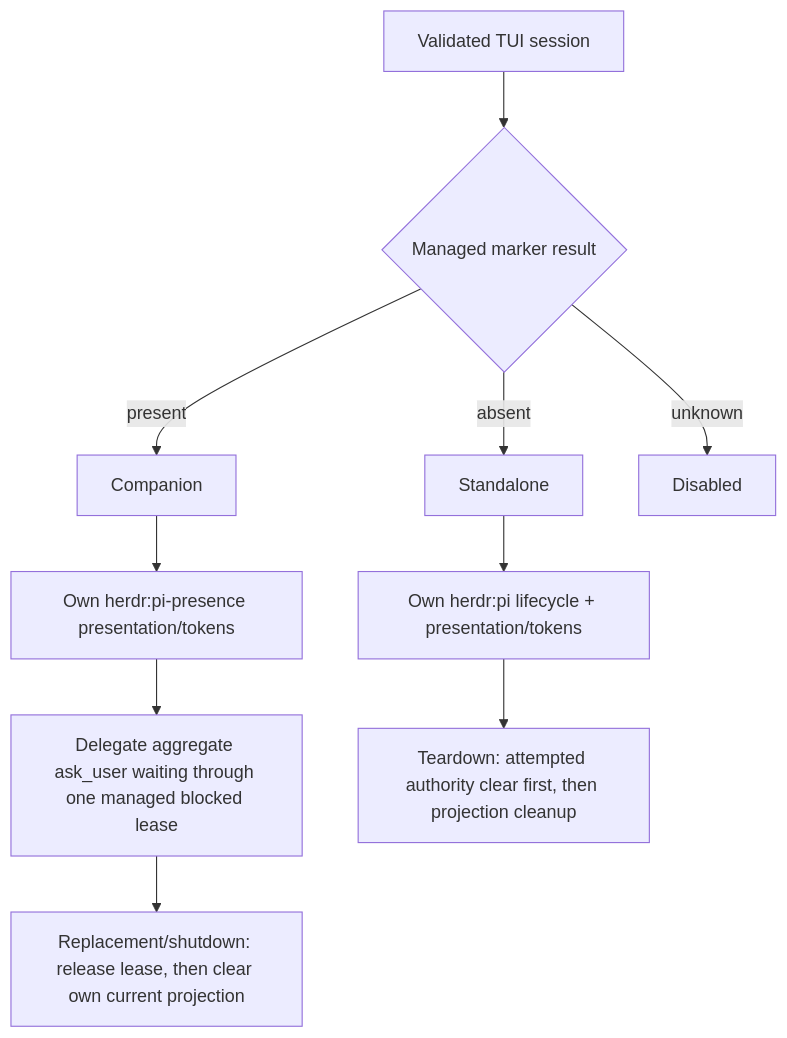
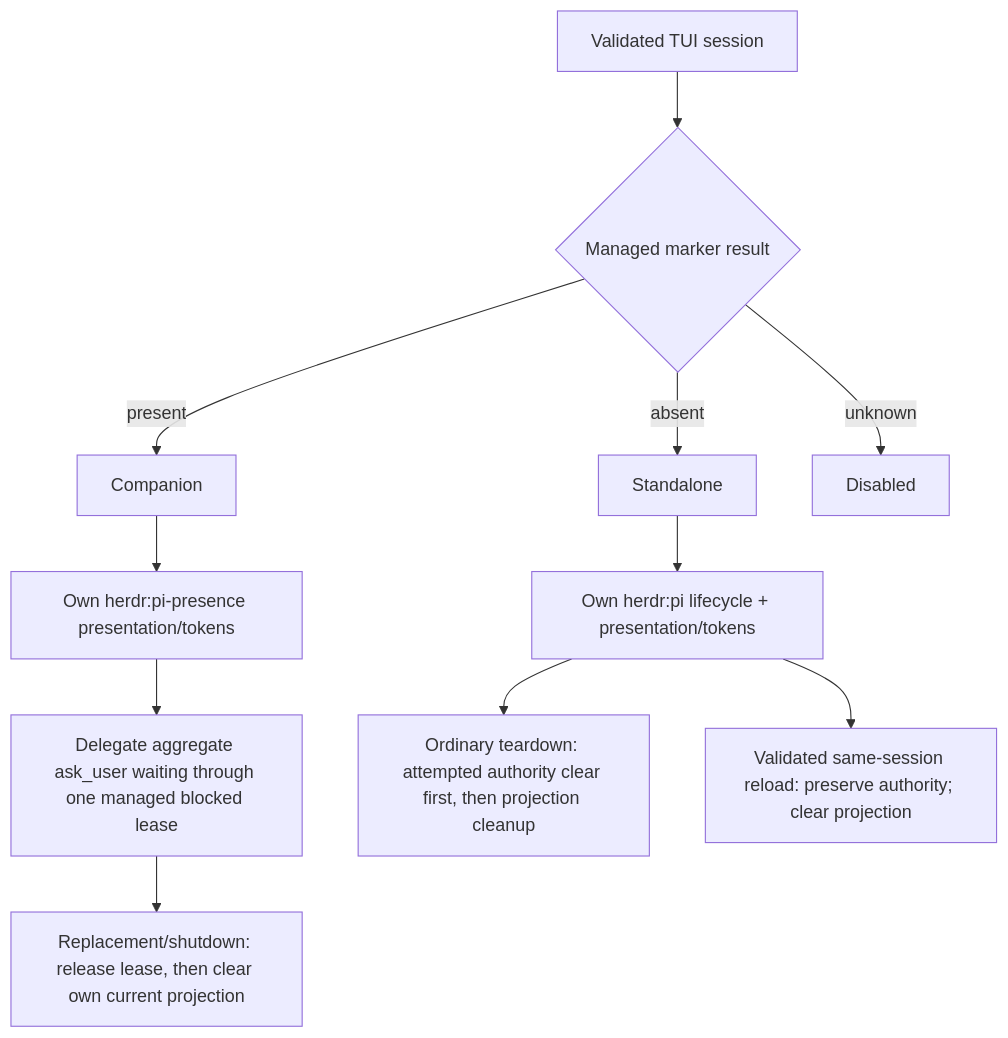
The fourth of 4 diagrams in docs/architecture.md (spi-ca/pi-herdr-presence), drawn with Mermaid before and after one commit. The commit also changed other lines of this file and 7 other files, not shown here.

Commit message:
fix: preserve native session authority across Pi reloads

````diff
--- a/docs/architecture.md
+++ b/docs/architecture.md
@@ -106,12 +106,13 @@
 ```mermaid
 flowchart TD
   Start[Validated TUI session] --> Probe{Managed marker result}
   Probe -->|present| Companion[Companion]
   Probe -->|absent| Standalone[Standalone]
   Probe -->|unknown| Disabled[Disabled]
   Companion --> CP[Own herdr:pi-presence presentation/tokens]
   CP --> CB[Delegate aggregate ask_user waiting through one managed blocked lease]
   Standalone --> SP[Own herdr:pi lifecycle + presentation/tokens]
   CB --> CT[Replacement/shutdown: release lease, then clear own current projection]
-  SP --> ST[Teardown: attempted authority clear first, then projection cleanup]
+  SP --> ST[Ordinary teardown: attempted authority clear first, then projection cleanup]
+  SP --> RT[Validated same-session reload: preserve authority; clear projection]
 ```
````
